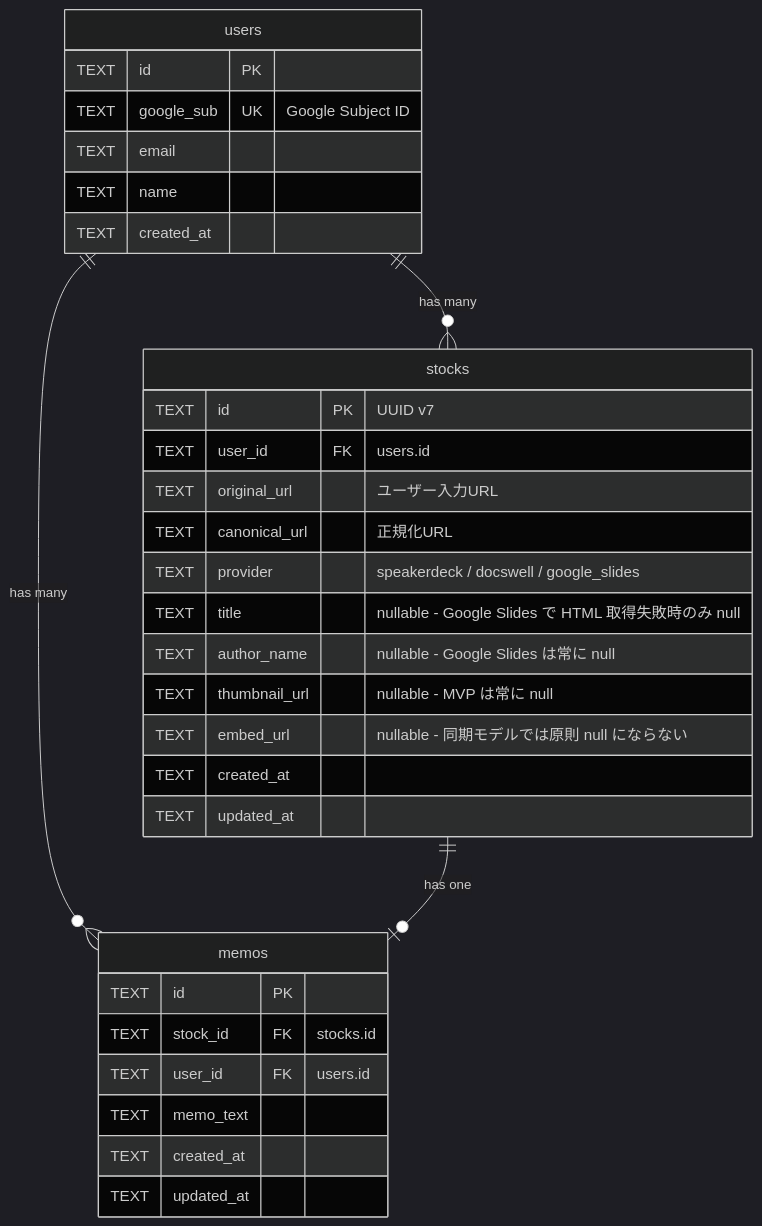
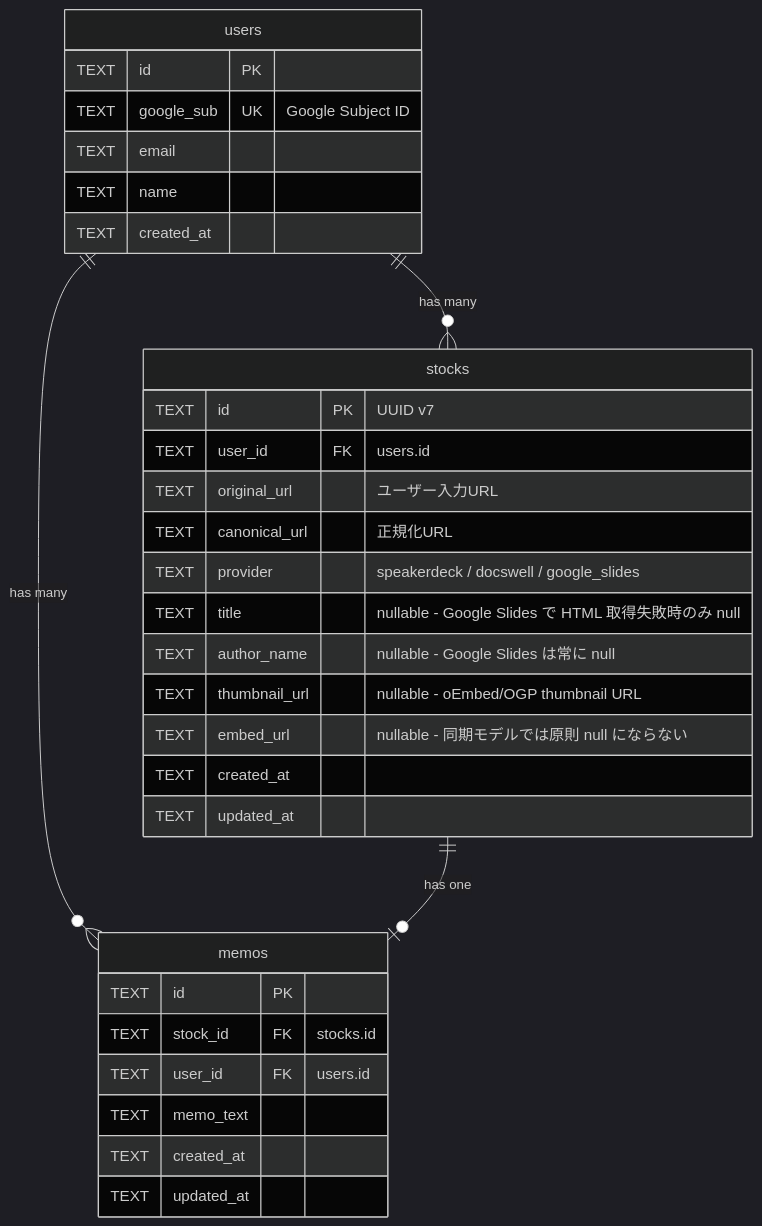
The first of 2 diagrams in docs/database.md (gorou-178/slide-stock), drawn with Mermaid (dark theme) before and after one commit. The commit also changed other lines of this file and 15 other files, not shown here.

````diff
--- a/docs/database.md
+++ b/docs/database.md
@@ -5,37 +5,37 @@
 ```mermaid
 erDiagram
     users ||--o{ stocks : "has many"
     users ||--o{ memos : "has many"
     stocks ||--o| memos : "has one"
 
     users {
         TEXT id PK
         TEXT google_sub UK "Google Subject ID"
         TEXT email
         TEXT name
         TEXT created_at
     }
 
     stocks {
         TEXT id PK "UUID v7"
         TEXT user_id FK "users.id"
         TEXT original_url "ユーザー入力URL"
         TEXT canonical_url "正規化URL"
         TEXT provider "speakerdeck / docswell / google_slides"
         TEXT title "nullable - Google Slides で HTML 取得失敗時のみ null"
         TEXT author_name "nullable - Google Slides は常に null"
-        TEXT thumbnail_url "nullable - MVP は常に null"
+        TEXT thumbnail_url "nullable - oEmbed/OGP thumbnail URL"
         TEXT embed_url "nullable - 同期モデルでは原則 null にならない"
         TEXT created_at
         TEXT updated_at
     }
 
     memos {
         TEXT id PK
         TEXT stock_id FK "stocks.id"
         TEXT user_id FK "users.id"
         TEXT memo_text
         TEXT created_at
         TEXT updated_at
     }
 ```
````
